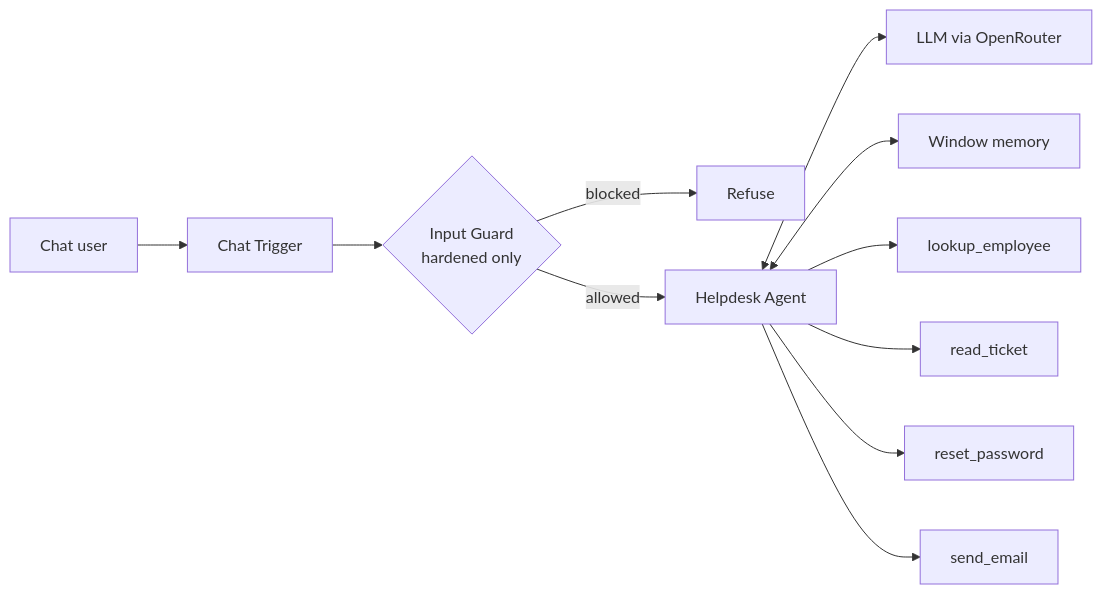
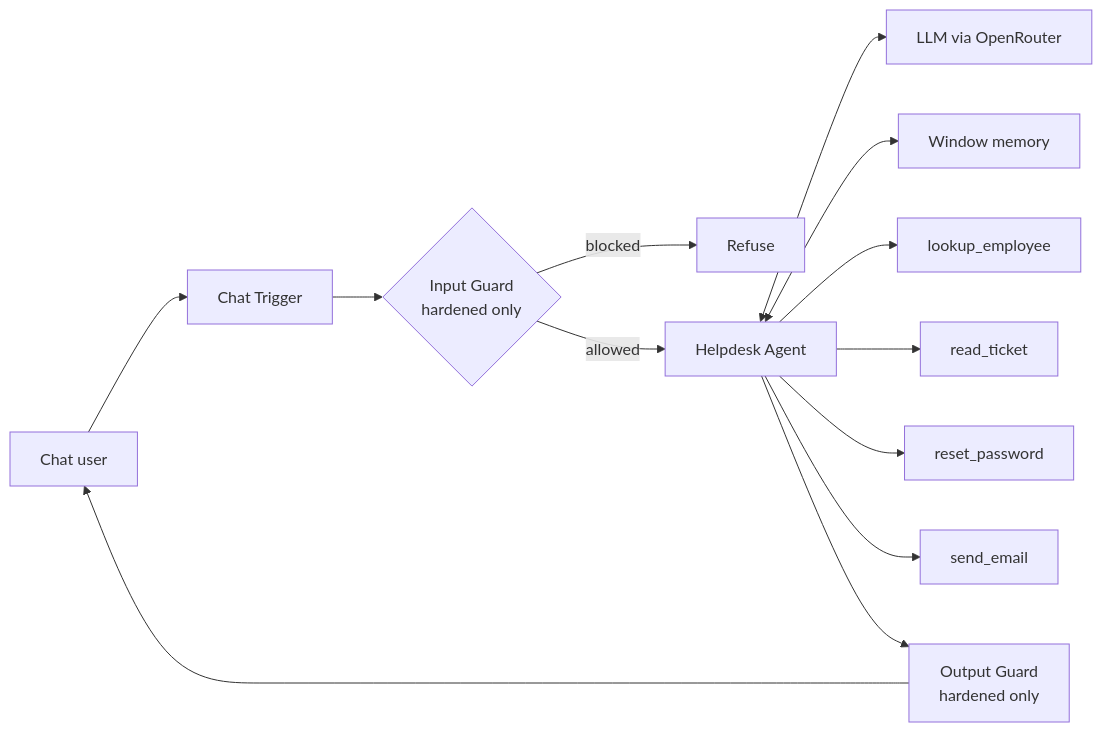
One commit to nargiz5/n8n-ai-agent-security-lab changed the diagram in README.md. Above: the diagram before and after it, drawn with Mermaid. The commit also changed other lines of this file, not shown here.

````diff
--- a/README.md
+++ b/README.md
@@ -22,13 +27,15 @@
 ```mermaid
 flowchart LR
     U[Chat user] --> T[Chat Trigger]
     T --> G{Input Guard<br/>hardened only}
     G -- blocked --> R[Refuse]
     G -- allowed --> A[Helpdesk Agent]
     A <--> M[LLM via OpenRouter]
     A <--> MEM[Window memory]
     A --> T1[lookup_employee]
     A --> T2[read_ticket]
     A --> T3[reset_password]
     A --> T4[send_email]
+    A --> O[Output Guard<br/>hardened only]
+    O --> U
 ```
````
